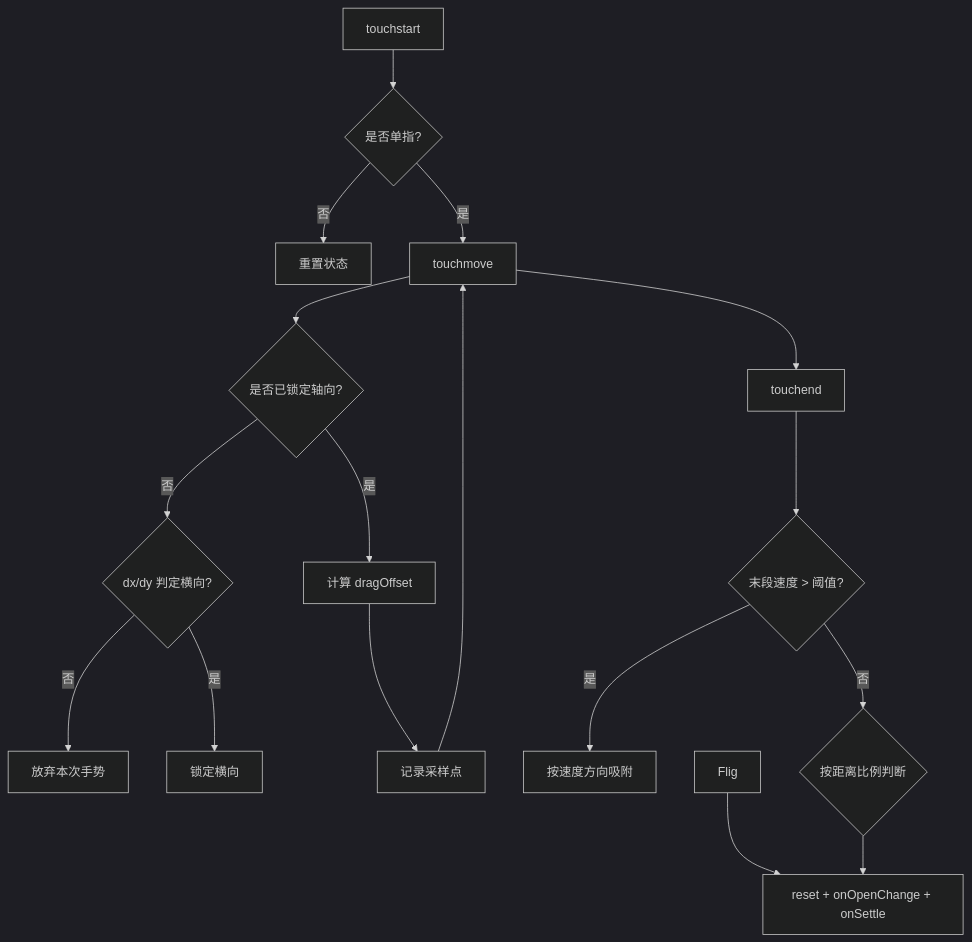
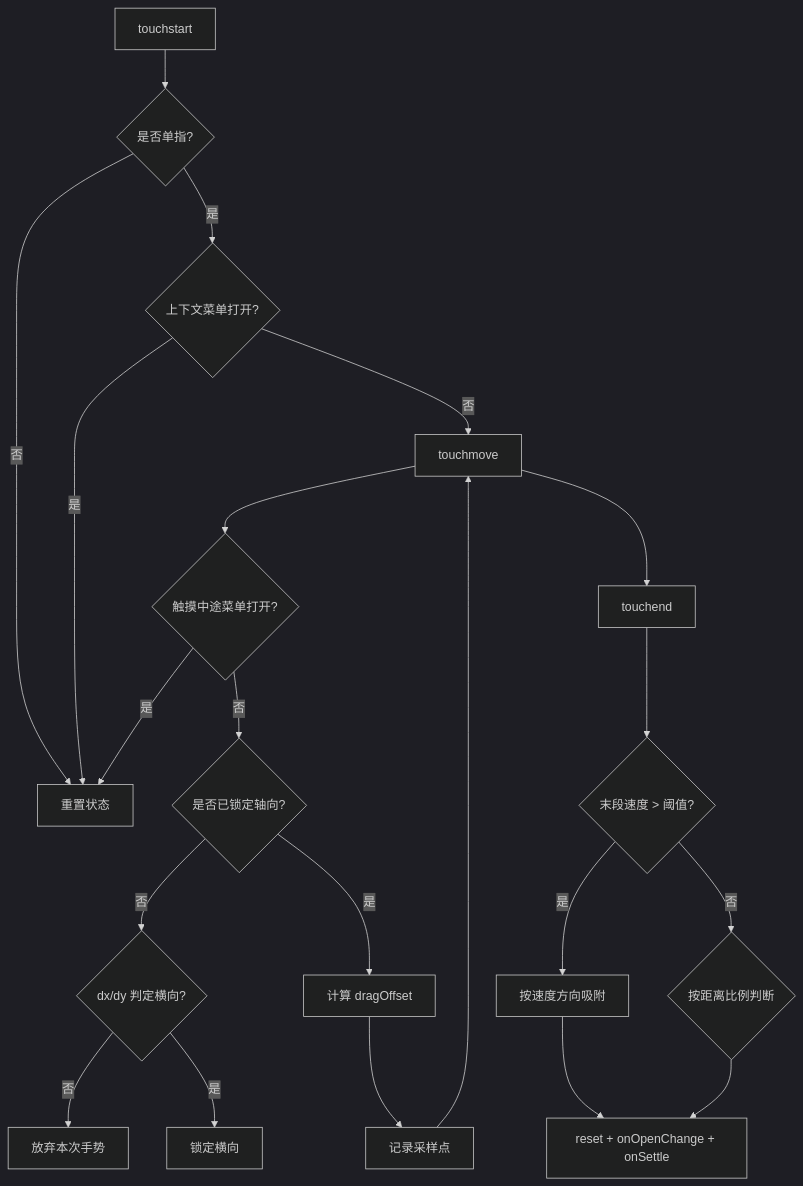
Before and after one commit to billye220670/AIShop: the fifth of 6 diagrams in .qoder/repowiki/zh/content/架构设计/组件架构设计/布局组件设计.md, drawn with Mermaid (dark theme). The commit also changed other lines of this file and 45 other files, not shown here.

````diff
--- a/.qoder/repowiki/zh/content/架构设计/组件架构设计/布局组件设计.md
+++ b/.qoder/repowiki/zh/content/架构设计/组件架构设计/布局组件设计.md
@@ -248,19 +263,23 @@
 ```mermaid
 flowchart TD
 TS["touchstart"] --> CheckAxis{"是否单指?"}
 CheckAxis -- 否 --> Reset["重置状态"]
-CheckAxis -- 是 --> Move["touchmove"]
-Move --> AxisLock{"是否已锁定轴向?"}
+CheckAxis -- 是 --> CheckMenu{"上下文菜单打开?"}
+CheckMenu -- 是 --> Reset
+CheckMenu -- 否 --> Move["touchmove"]
+Move --> MenuCheck{"触摸中途菜单打开?"}
+MenuCheck -- 是 --> Reset
+MenuCheck -- 否 --> AxisLock{"是否已锁定轴向?"}
 AxisLock -- 否 --> Decide{"dx/dy 判定横向?"}
 Decide -- 否 --> Ignore["放弃本次手势"]
 Decide -- 是 --> Lock["锁定横向"]
 AxisLock -- 是 --> Handle["计算 dragOffset"]
 Handle --> Samples["记录采样点"]
 Samples --> Move
 Move --> TE["touchend"]
 TE --> Velocity{"末段速度 > 阈值?"}
 Velocity -- 是 --> Fling["按速度方向吸附"]
 Velocity -- 否 --> Ratio{"按距离比例判断"}
-Flig --> SetState["reset + onOpenChange + onSettle"]
+Fling --> SetState["reset + onOpenChange + onSettle"]
 Ratio --> SetState
 ```
````
